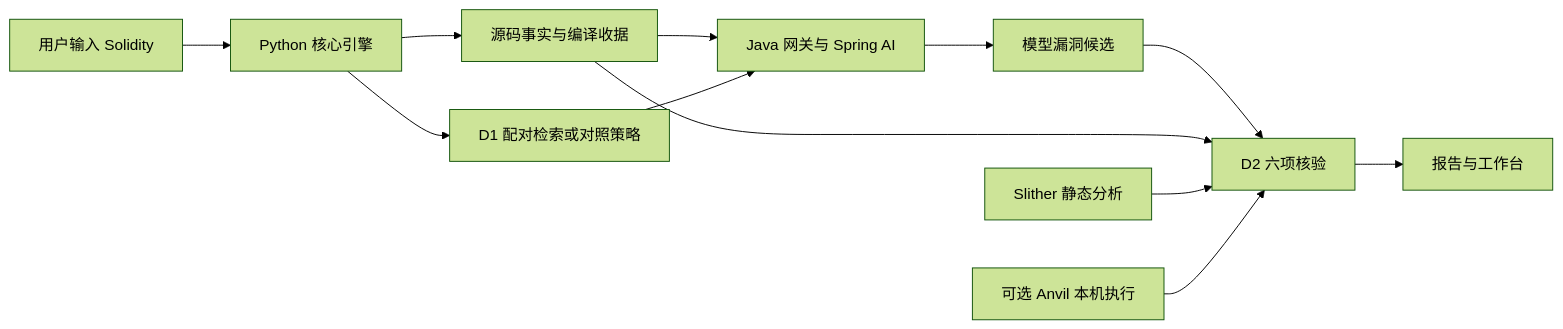
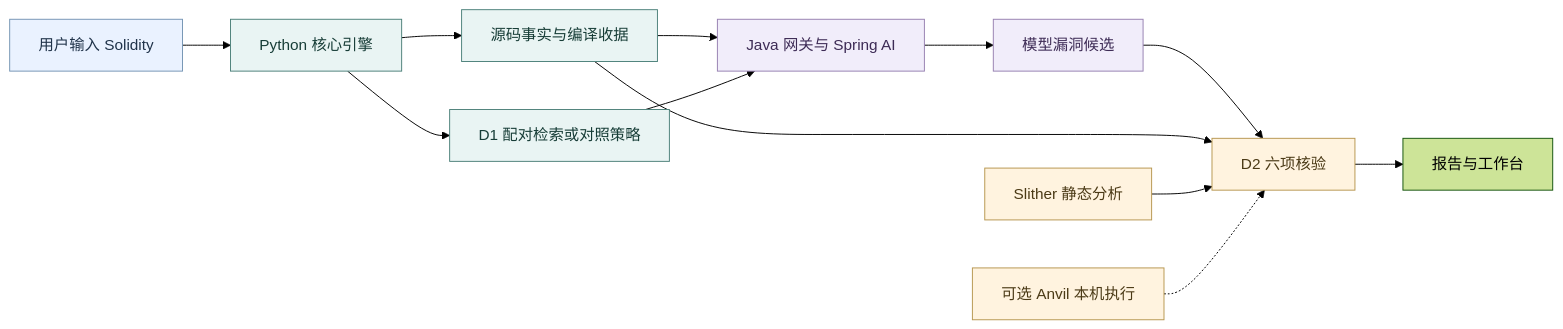
One commit to sz-xiaohuolong/SmartContract-Audit-Agent changed the diagram in docs/vibe/PROJECT.md. Above: the diagram before and after it, drawn with Mermaid (forest theme). The commit also changed other lines of this file and 9 other files, not shown here.

````diff
--- a/docs/vibe/PROJECT.md
+++ b/docs/vibe/PROJECT.md
@@ -15,14 +15,22 @@
 ```mermaid
 flowchart LR
     U[用户输入 Solidity] --> P[Python 核心引擎]
     P --> F[源码事实与编译收据]
     P --> R[D1 配对检索或对照策略]
     F --> J[Java 网关与 Spring AI]
     R --> J
     J --> H[模型漏洞候选]
     H --> D[D2 六项核验]
     F --> D
     S[Slither 静态分析] --> D
-    E[可选 Anvil 本机执行] --> D
+    E[可选 Anvil 本机执行] -.-> D
+    classDef input fill:#eaf2ff,stroke:#7595b4,color:#20334a
+    classDef core fill:#e9f4f3,stroke:#4d817a,color:#173d37
+    classDef model fill:#f1edfa,stroke:#9780b1,color:#3d2b55
+    classDef check fill:#fff3df,stroke:#b79750,color:#4b3a16
+    class U input
+    class P,F,R,O core
+    class J,H model
+    class D,S,E check
     D --> O[报告与工作台]
 ```
````
